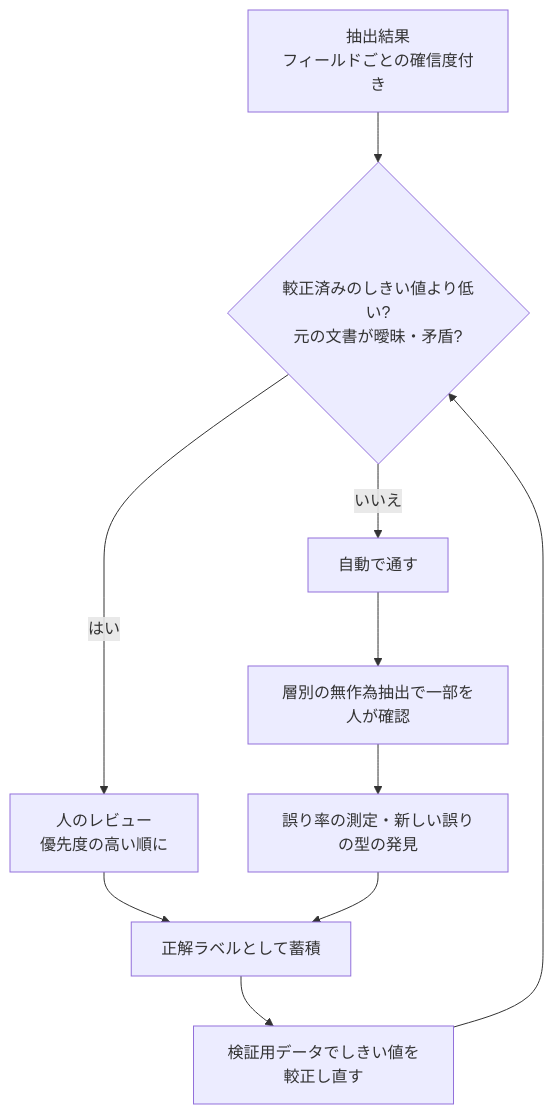
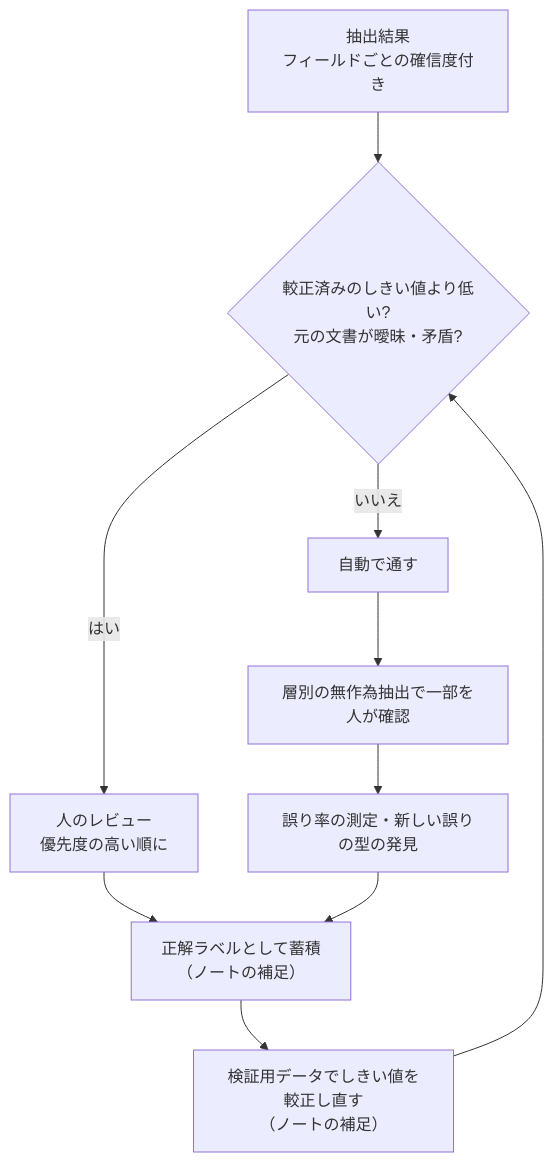
The diagram in ccaf/notes/05-context-reliability/human-review-confidence-calibration.md (yuya-take/yuya-exam-notes), drawn with Mermaid before and after one commit. The commit also changed other lines of this file, not shown here.

````diff
--- a/ccaf/notes/05-context-reliability/human-review-confidence-calibration.md
+++ b/ccaf/notes/05-context-reliability/human-review-confidence-calibration.md
@@ -12,12 +12,12 @@
 ```mermaid
 flowchart TD
   A[抽出結果<br/>フィールドごとの確信度付き] --> B{較正済みのしきい値より低い?<br/>元の文書が曖昧・矛盾?}
   B -- はい --> C[人のレビュー<br/>優先度の高い順に]
   B -- いいえ --> D[自動で通す]
   D --> E[層別の無作為抽出で一部を人が確認]
   E --> F[誤り率の測定・新しい誤りの型の発見]
-  C --> G[正解ラベルとして蓄積]
+  C --> G[正解ラベルとして蓄積<br/>（ノートの補足）]
   F --> G
-  G --> H[検証用データでしきい値を較正し直す]
+  G --> H[検証用データでしきい値を較正し直す<br/>（ノートの補足）]
   H --> B
 ```
````
